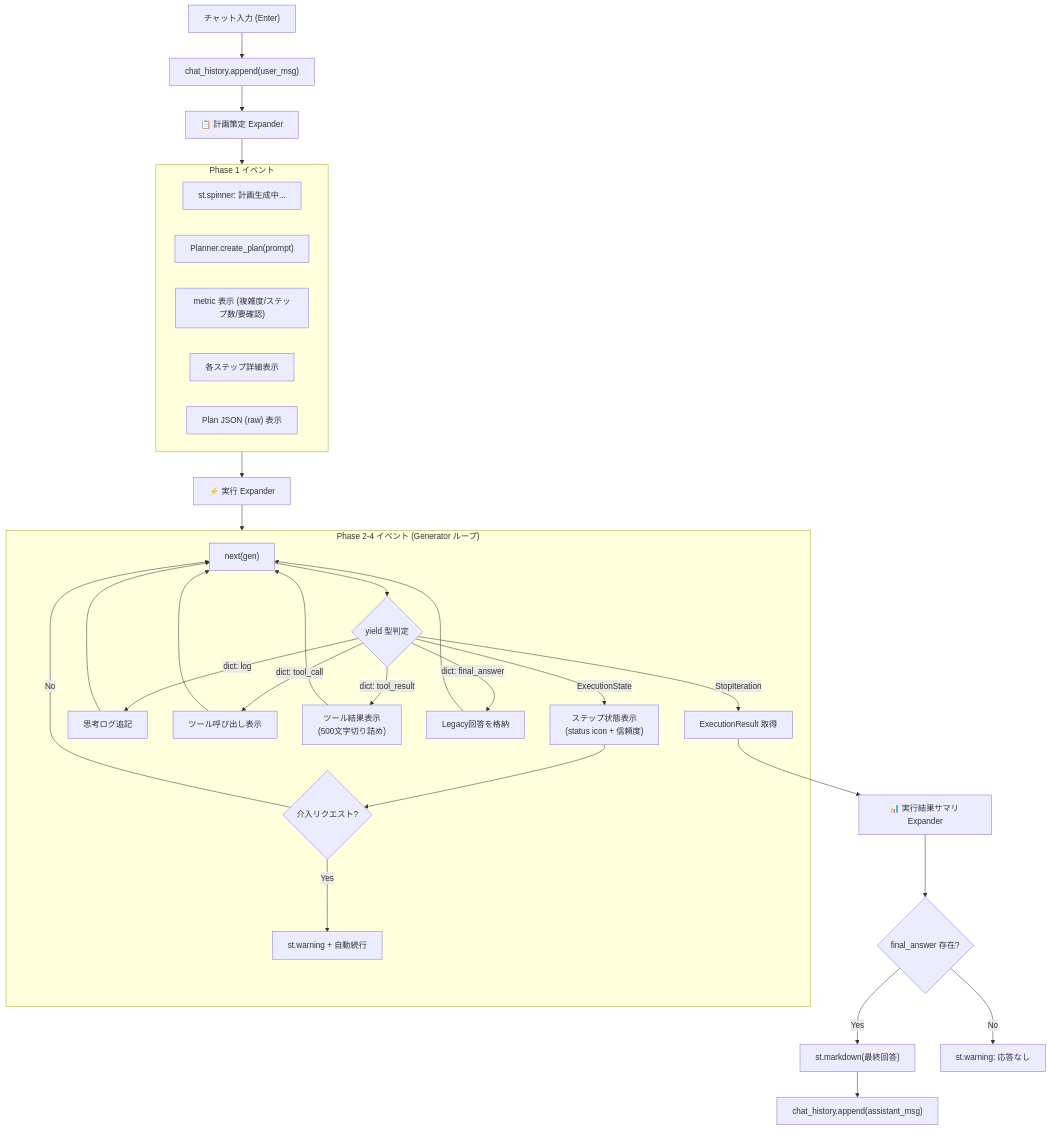
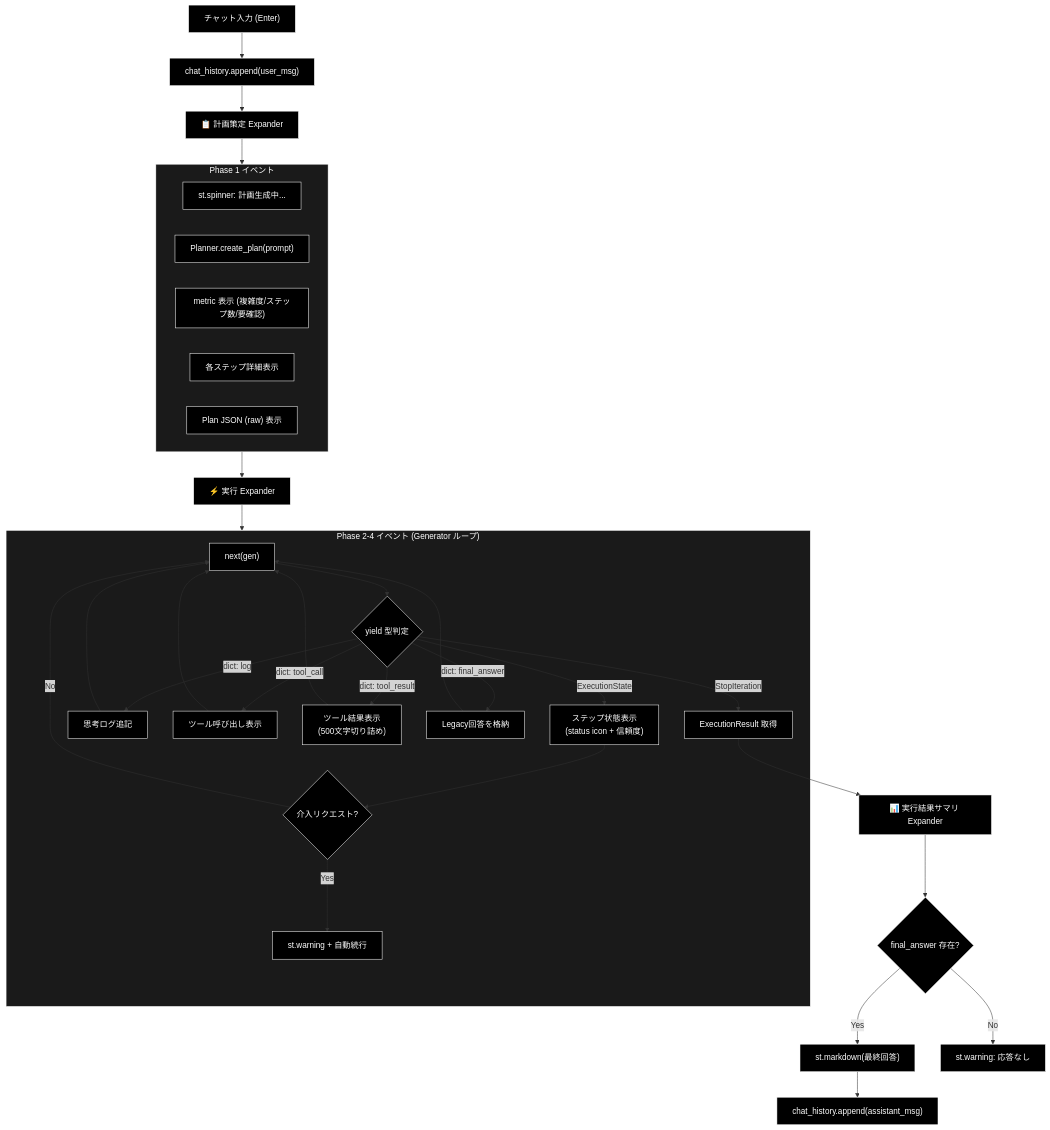
Diagram 12 of 13 in README.md (nakashima2toshio/ollama_grace_agent_v2), drawn with Mermaid before and after one commit. The commit also changed other lines of this file, not shown here.

First line of the commit message:
docs(README): apply mandatory black-bg Mermaid style + fix grace_chat_page.py refs

````diff
--- a/README.md
+++ b/README.md
@@ -1322,46 +1396,51 @@
 ```mermaid
 flowchart TB
     A["チャット入力 (Enter)"] --> B["chat_history.append(user_msg)"]
     B --> C["📋 計画策定 Expander"]
 
     subgraph PlanEvents["Phase 1 イベント"]
         C1["st.spinner: 計画生成中..."]
         C2["Planner.create_plan(prompt)"]
         C3["metric 表示 (複雑度/ステップ数/要確認)"]
         C4["各ステップ詳細表示"]
         C5["Plan JSON (raw) 表示"]
     end
     C --> PlanEvents
 
     PlanEvents --> D["⚡ 実行 Expander"]
 
     subgraph ExecEvents["Phase 2-4 イベント (Generator ループ)"]
         D1["next(gen)"]
         D1 --> D2{"yield 型判定"}
         D2 -->|ExecutionState| D3["ステップ状態表示<br/>(status icon + 信頼度)"]
         D3 --> D3a{"介入リクエスト?"}
         D3a -->|Yes| D3b["st.warning + 自動続行"]
         D3a -->|No| D1
 
         D2 -->|dict: log| D4["思考ログ追記"]
         D4 --> D1
 
         D2 -->|dict: tool_call| D5["ツール呼び出し表示"]
         D5 --> D1
 
         D2 -->|dict: tool_result| D6["ツール結果表示<br/>(500文字切り詰め)"]
         D6 --> D1
 
         D2 -->|dict: final_answer| D7["Legacy回答を格納"]
         D7 --> D1
 
         D2 -->|StopIteration| D8["ExecutionResult 取得"]
     end
     D --> ExecEvents
 
     D8 --> E["📊 実行結果サマリ Expander"]
     E --> F{"final_answer 存在?"}
     F -->|Yes| G["st.markdown(最終回答)"]
     G --> H["chat_history.append(assistant_msg)"]
     F -->|No| I["st.warning: 応答なし"]
+classDef default fill:#000,stroke:#fff,color:#fff
+classDef subgraphStyle fill:#1a1a1a,stroke:#fff,color:#fff
+class A,B,C,C1,C2,C3,C4,C5,D,D1,D2,D3,D3a,D3b,D4,D5,D6,D7,D8,E,F,G,H,I default
+style PlanEvents fill:#1a1a1a,stroke:#fff,color:#fff
+style ExecEvents fill:#1a1a1a,stroke:#fff,color:#fff
 ```
````
